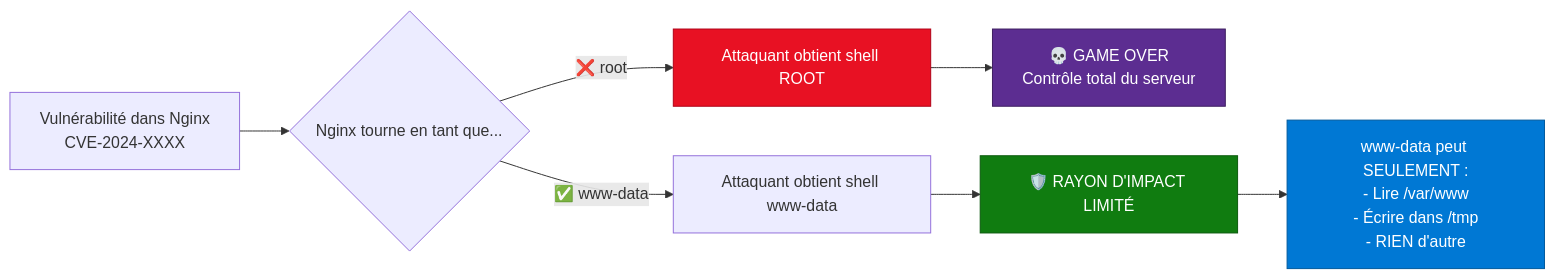
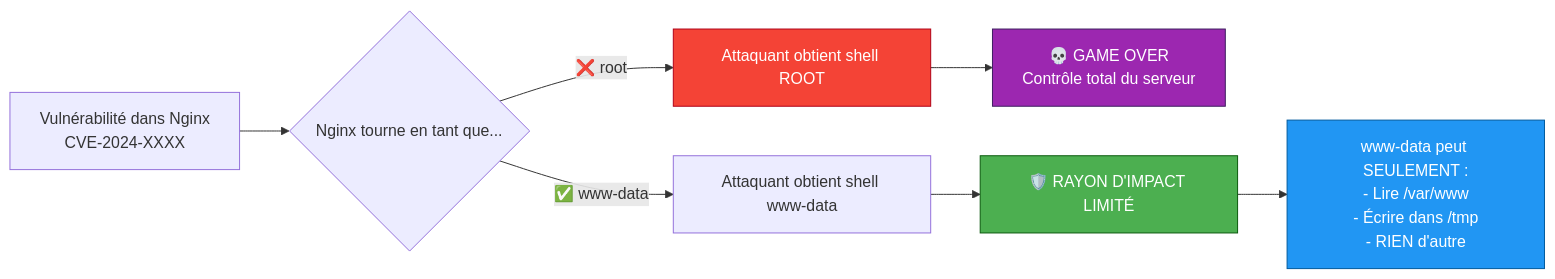
The second of 2 diagrams in docs/formations/linux-hardening/02-module.md (VBlackJack/ShellBook), drawn with Mermaid before and after one commit. The commit also changed other lines of this file and 337 other files, not shown here.

First line of the commit message:
refactor(docs): Standardize code blocks and Mermaid colors

````diff
--- a/docs/formations/linux-hardening/02-module.md
+++ b/docs/formations/linux-hardening/02-module.md
@@ -181,16 +181,16 @@
 ```mermaid
 flowchart LR
     A[Vulnérabilité dans Nginx<br/>CVE-2024-XXXX] --> B{Nginx tourne en tant que...}
 
     B -->|❌ root| C[Attaquant obtient shell ROOT]
     C --> D[💀 GAME OVER<br/>Contrôle total du serveur]
 
     B -->|✅ www-data| E[Attaquant obtient shell www-data]
     E --> F[🛡️ RAYON D'IMPACT LIMITÉ]
     F --> G[www-data peut SEULEMENT :<br/>- Lire /var/www<br/>- Écrire dans /tmp<br/>- RIEN d'autre]
 
-    style C fill:#e81123,stroke:#b00016,color:#fff
-    style D fill:#5c2d91,stroke:#3d1e5f,color:#fff
-    style F fill:#107c10,stroke:#0b5a0d,color:#fff
-    style G fill:#0078d4,stroke:#005a9e,color:#fff
+    style C fill:#f44336,stroke:#b00016,color:#fff
+    style D fill:#9C27B0,stroke:#3d1e5f,color:#fff
+    style F fill:#4CAF50,stroke:#0b5a0d,color:#fff
+    style G fill:#2196F3,stroke:#005a9e,color:#fff
 ```
````
